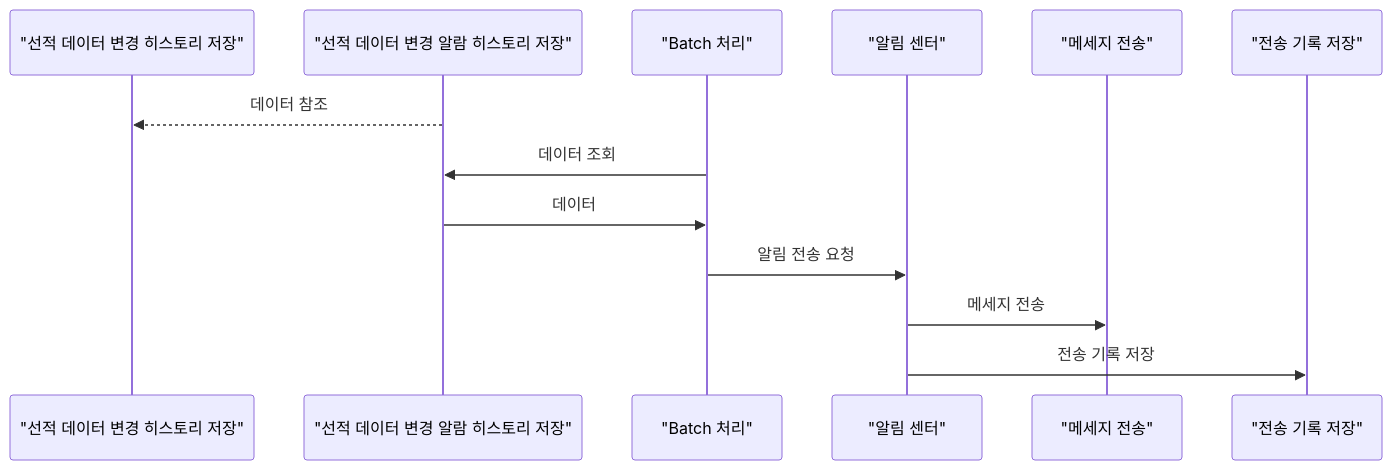
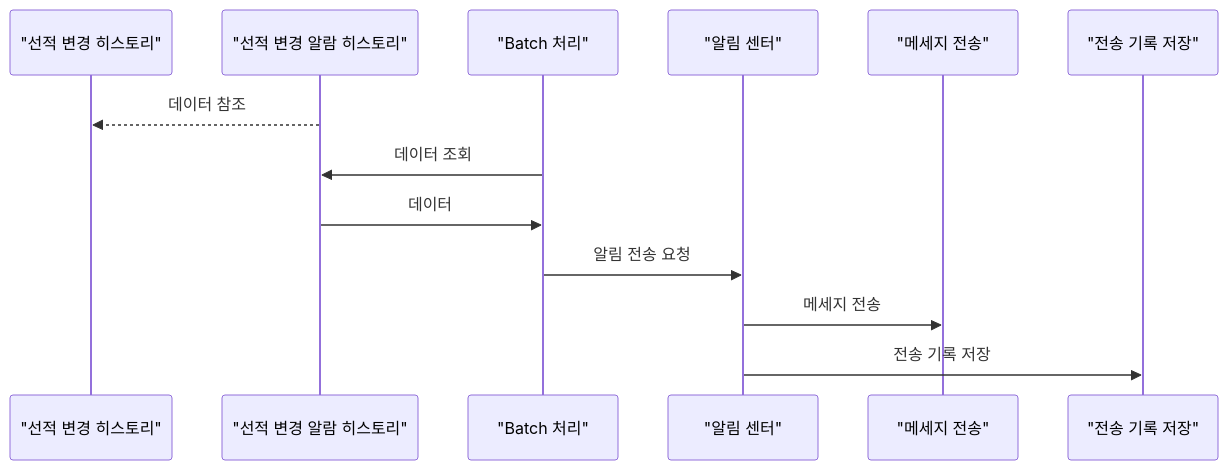
One commit to ysiksik/ysiksik.github.io changed the first of 3 diagrams in _posts/project/logistics/2025-02-27-EstablishmentOfNotificationCenterAndShipmentChangeNotificationSystem.md. Above: the diagram before and after it, drawn with Mermaid. The commit also changed other lines of this file, not shown here.

```diff
--- a/_posts/project/logistics/2025-02-27-EstablishmentOfNotificationCenterAndShipmentChangeNotificationSystem.md
+++ b/_posts/project/logistics/2025-02-27-EstablishmentOfNotificationCenterAndShipmentChangeNotificationSystem.md
@@ -133,17 +133,17 @@
 ~~~mermaid
 
 sequenceDiagram
-    participant CD as "선적 데이터 변경 히스토리 저장"
-    participant SU as "선적 데이터 변경 알람 히스토리 저장"
+    participant CD as "선적 변경 히스토리"
+    participant SU as "선적 변경 알람 히스토리"
     participant BC as "Batch 처리"
     participant AC as "알림 센터"
     participant MS as "메세지 전송"
     participant TR as "전송 기록 저장"
     SU-->>CD: 데이터 참조
     BC->>SU: 데이터 조회
     SU->>BC: 데이터
     BC->>AC: 알림 전송 요청
     AC->>MS: 메세지 전송
     AC->>TR: 전송 기록 저장
 
 ~~~
```
